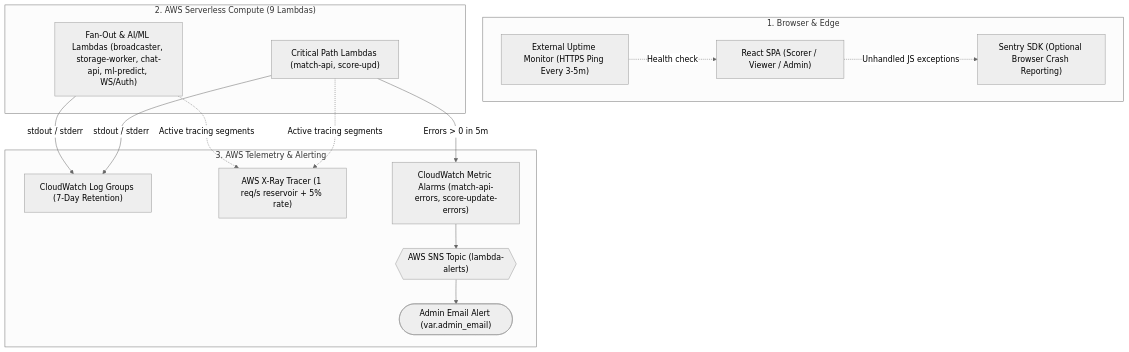
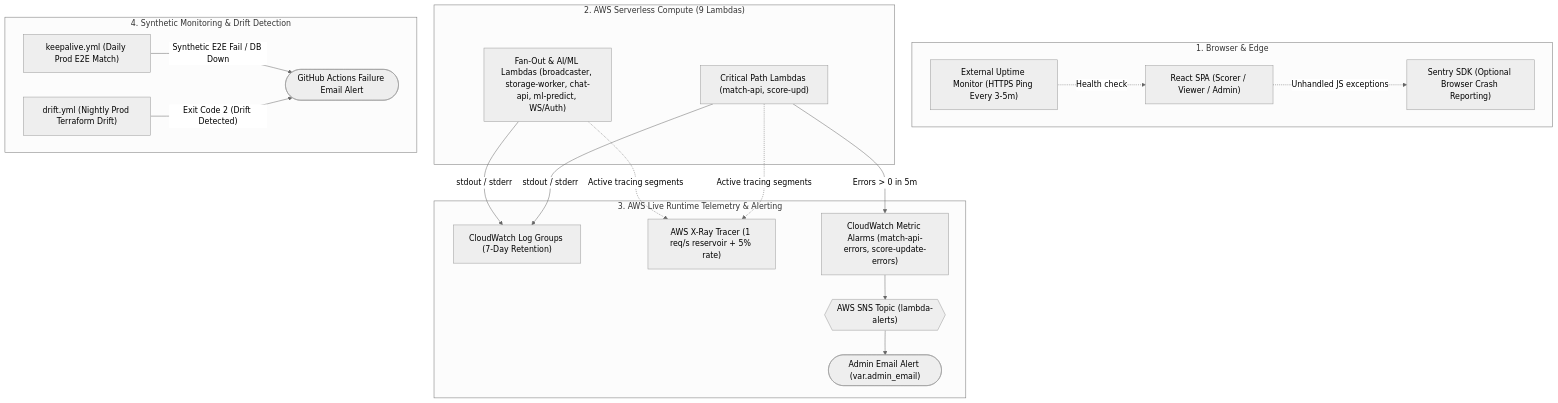
One commit to venkatesh-singamsetty/cricscore changed the diagram in docs/observability.md. Above: the diagram before and after it, drawn with Mermaid (neutral theme). The commit also changed other lines of this file and 35 other files, not shown here.

First line of the commit message:
fix(ci): pin prod drift and keepalive to release tags & upgrade to keyless OIDC (#342)

````diff
--- a/docs/observability.md
+++ b/docs/observability.md
@@ -15,29 +15,38 @@
 ```mermaid
 flowchart TD
     subgraph ClientAndEdge ["1. Browser & Edge"]
         SPA["React SPA (Scorer / Viewer / Admin)"]
         Sentry["Sentry SDK (Optional Browser Crash Reporting)"]
         Uptime["External Uptime Monitor (HTTPS Ping Every 3-5m)"]
     end
 
     subgraph Serverless ["2. AWS Serverless Compute (9 Lambdas)"]
         Critical["Critical Path Lambdas (match-api, score-upd)"]
         Workers["Fan-Out & AI/ML Lambdas (broadcaster, storage-worker, chat-api, ml-predict, WS/Auth)"]
     end
 
-    subgraph AWSObservability ["3. AWS Telemetry & Alerting"]
+    subgraph AWSObservability ["3. AWS Live Runtime Telemetry & Alerting"]
         CWLogs["CloudWatch Log Groups (7-Day Retention)"]
         XRay["AWS X-Ray Tracer (1 req/s reservoir + 5% rate)"]
         Alarms["CloudWatch Metric Alarms (match-api-errors, score-update-errors)"]
         SNSAlert{{"AWS SNS Topic (lambda-alerts)"}}
-        Email(["Admin Email Alert (var.admin_email)"])
+        AdminEmail(["Admin Email Alert (var.admin_email)"])
+    end
+
+    subgraph SyntheticCI ["4. Synthetic Monitoring & Drift Detection"]
+        KeepAlive["keepalive.yml (Daily Prod E2E Match)"]
+        Drift["drift.yml (Nightly Prod Terraform Drift)"]
+        GHEmail(["GitHub Actions Failure Email Alert"])
     end
 
     SPA -.->|"Unhandled JS exceptions"| Sentry
     Uptime -.->|"Health check"| SPA
 
     Critical & Workers -->|"stdout / stderr"| CWLogs
     Critical & Workers -.->|"Active tracing segments"| XRay
     Critical -->|"Errors > 0 in 5m"| Alarms
-    Alarms --> SNSAlert --> Email
+    Alarms --> SNSAlert --> AdminEmail
+
+    KeepAlive -->|"Synthetic E2E Fail / DB Down"| GHEmail
+    Drift -->|"Exit Code 2 (Drift Detected)"| GHEmail
 ```
````
